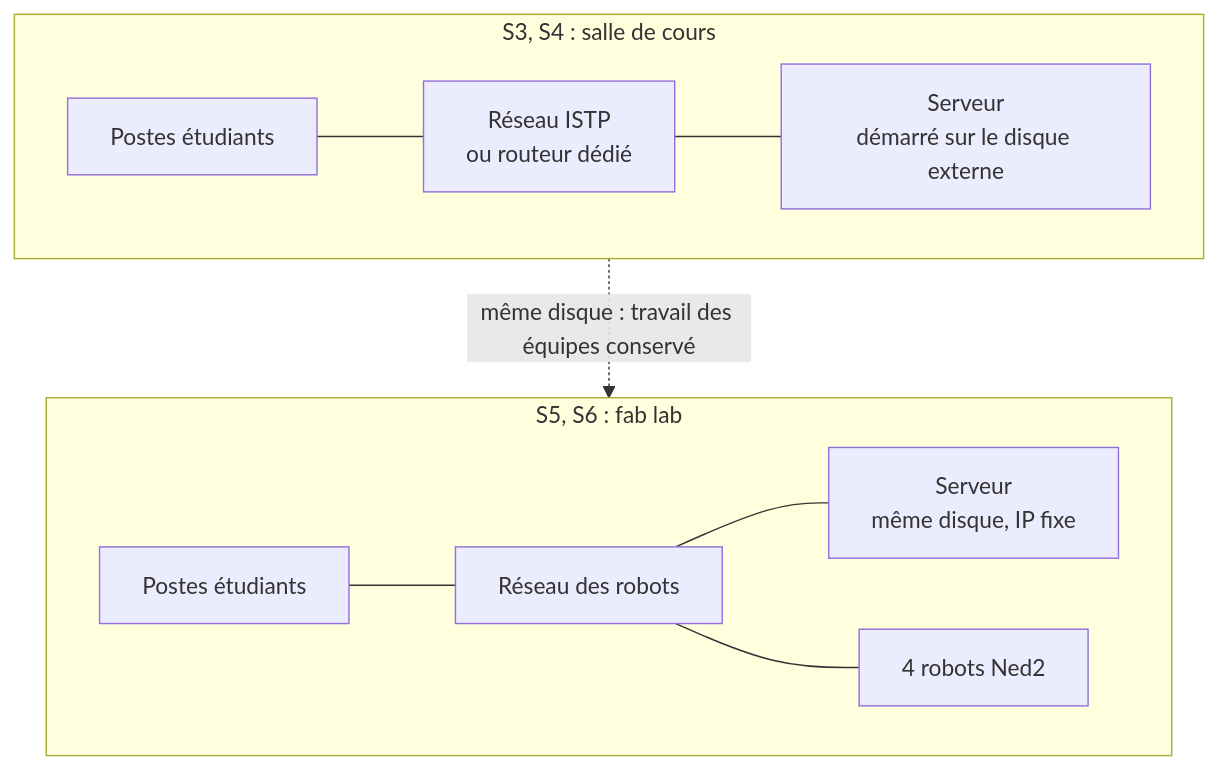
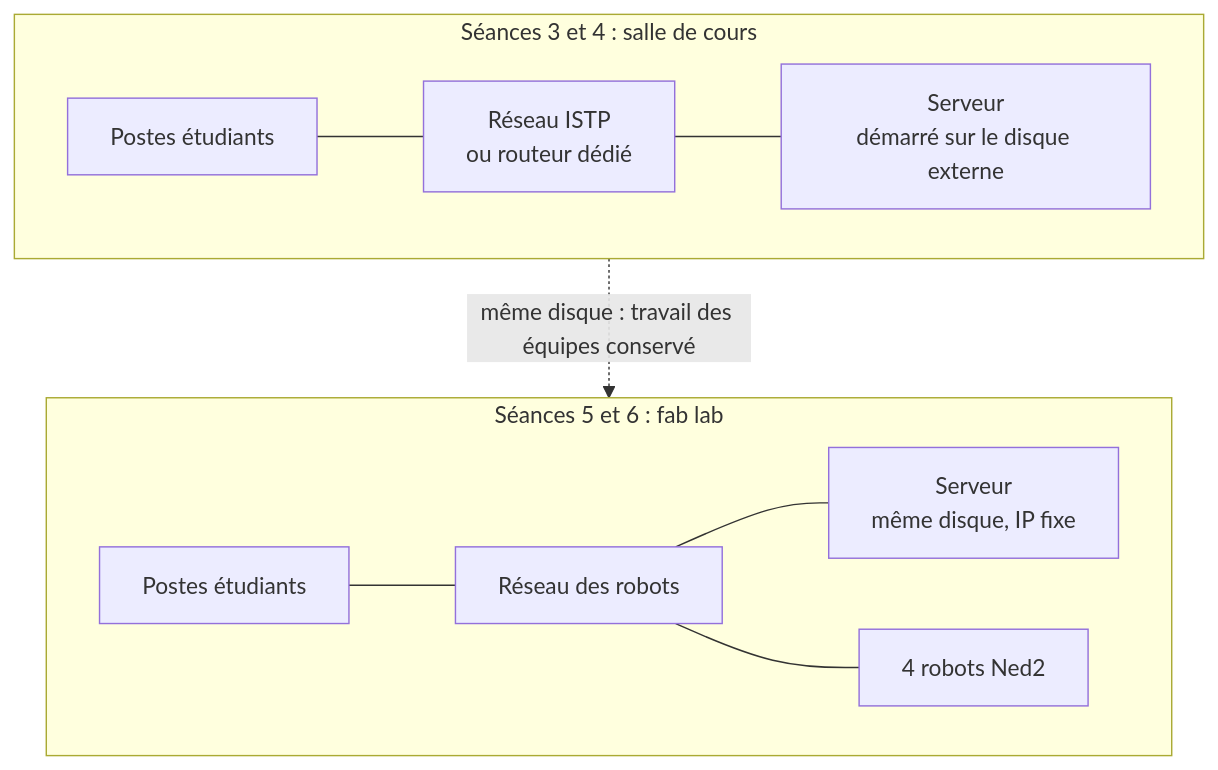
The fourth of 4 diagrams in progression_pedagogique/BACHINGE24.md (fabrice1618/niryo2), drawn with Mermaid before and after one commit. The commit also changed other lines of this file and 2 other files, not shown here.

First line of the commit message:
Progression BACHINGE24 v1.3 : séances en toutes lettres, lisibilité, export PDF

````diff
--- a/progression_pedagogique/BACHINGE24.md
+++ b/progression_pedagogique/BACHINGE24.md
@@ -396,15 +423,15 @@
 ```mermaid
 flowchart TB
-    subgraph SALLE["S3, S4 : salle de cours"]
+    subgraph SALLE["Séances 3 et 4 : salle de cours"]
         direction LR
         PE1["Postes étudiants"] --- R1["Réseau ISTP<br/>ou routeur dédié"]
         R1 --- SV1["Serveur<br/>démarré sur le disque externe"]
     end
-    subgraph FAB["S5, S6 : fab lab"]
+    subgraph FAB["Séances 5 et 6 : fab lab"]
         direction LR
         PE2["Postes étudiants"] --- R2["Réseau des robots"]
         R2 --- SV2["Serveur<br/>même disque, IP fixe"]
         R2 --- ROB["4 robots Ned2"]
     end
     SALLE -. "même disque : travail des équipes conservé" .-> FAB
 ```
````
